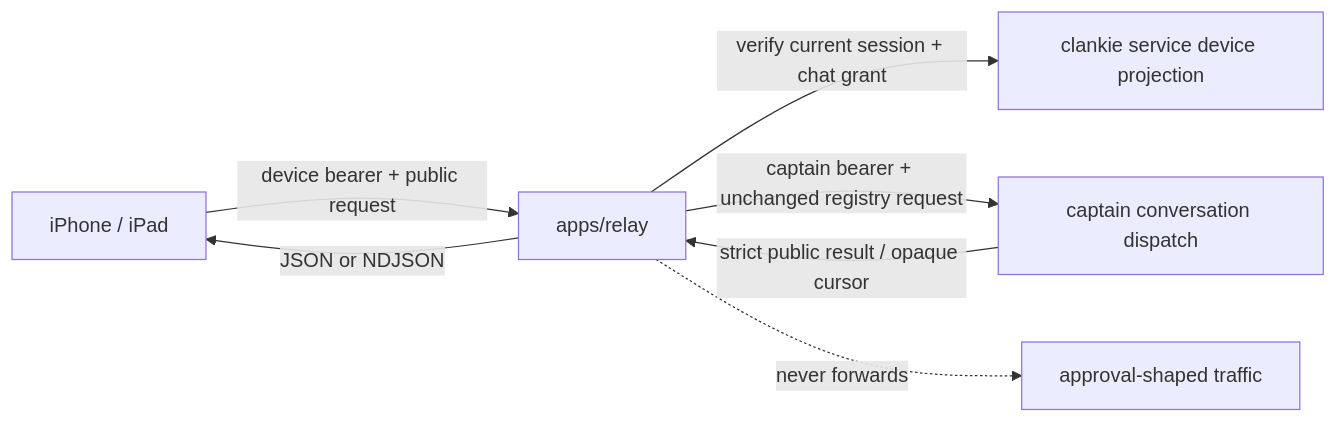
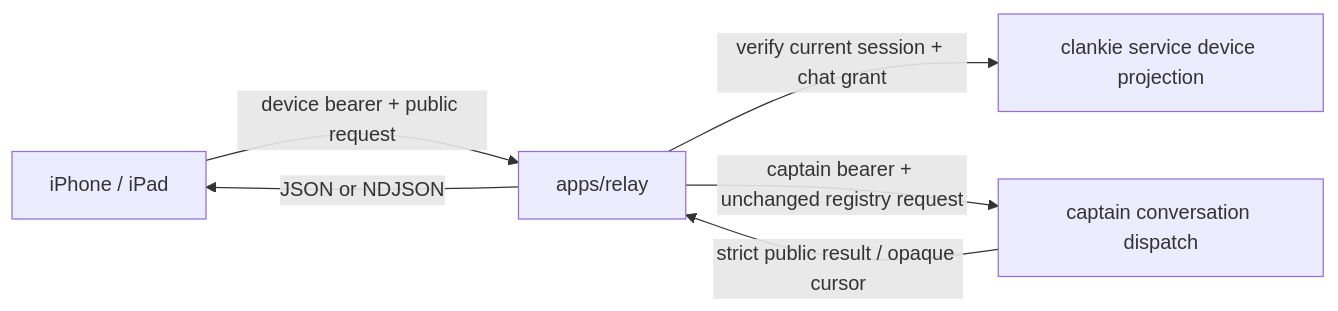
The diagram in apps/relay/README.md (Volpestyle/clankie), drawn with Mermaid before and after one commit. The commit also changed other lines of this file and 78 other files, not shown here.

````diff
--- a/apps/relay/README.md
+++ b/apps/relay/README.md
@@ -23,9 +26,8 @@
 ```mermaid
 flowchart LR
   Device["iPhone / iPad"] -->|"device bearer + public request"| Relay["apps/relay"]
   Relay -->|"verify current session + chat grant"| Service["clankie service device projection"]
   Relay -->|"captain bearer + unchanged registry request"| Captain["captain conversation dispatch"]
   Captain -->|"strict public result / opaque cursor"| Relay
   Relay -->|"JSON or NDJSON"| Device
-  Relay -. "never forwards" .-> Approval["approval-shaped traffic"]
 ```
````
